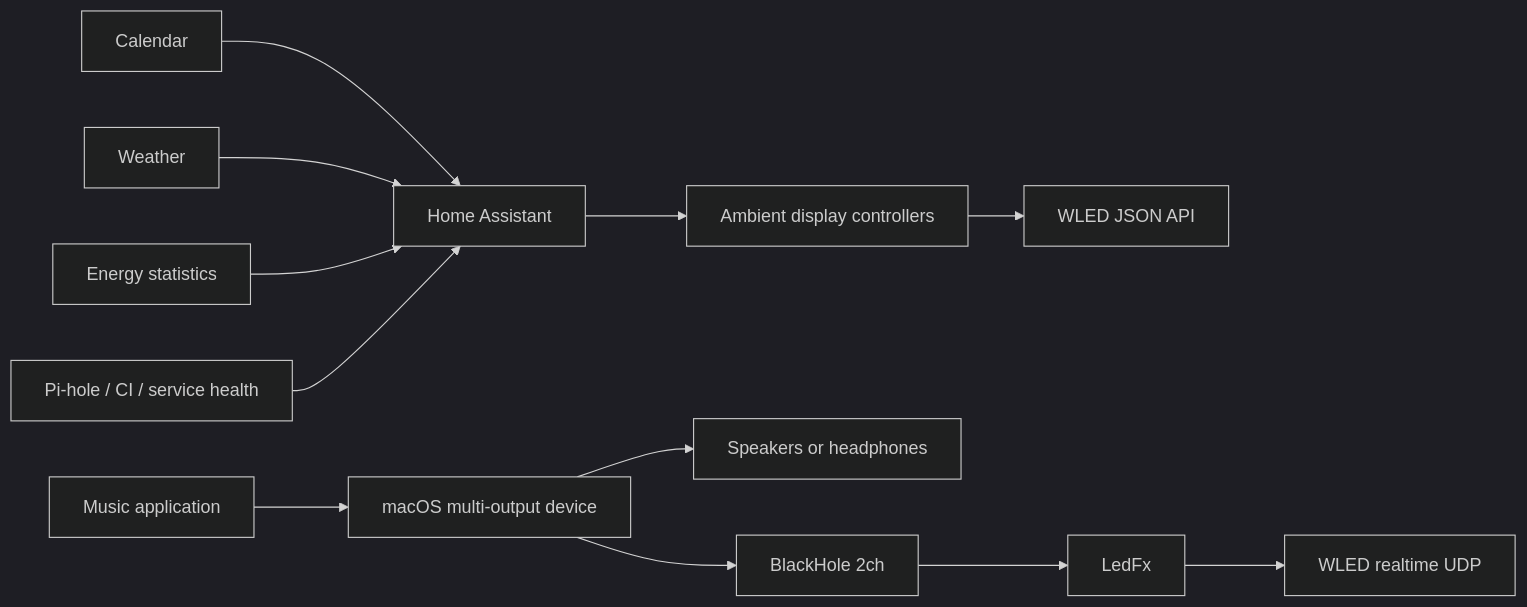
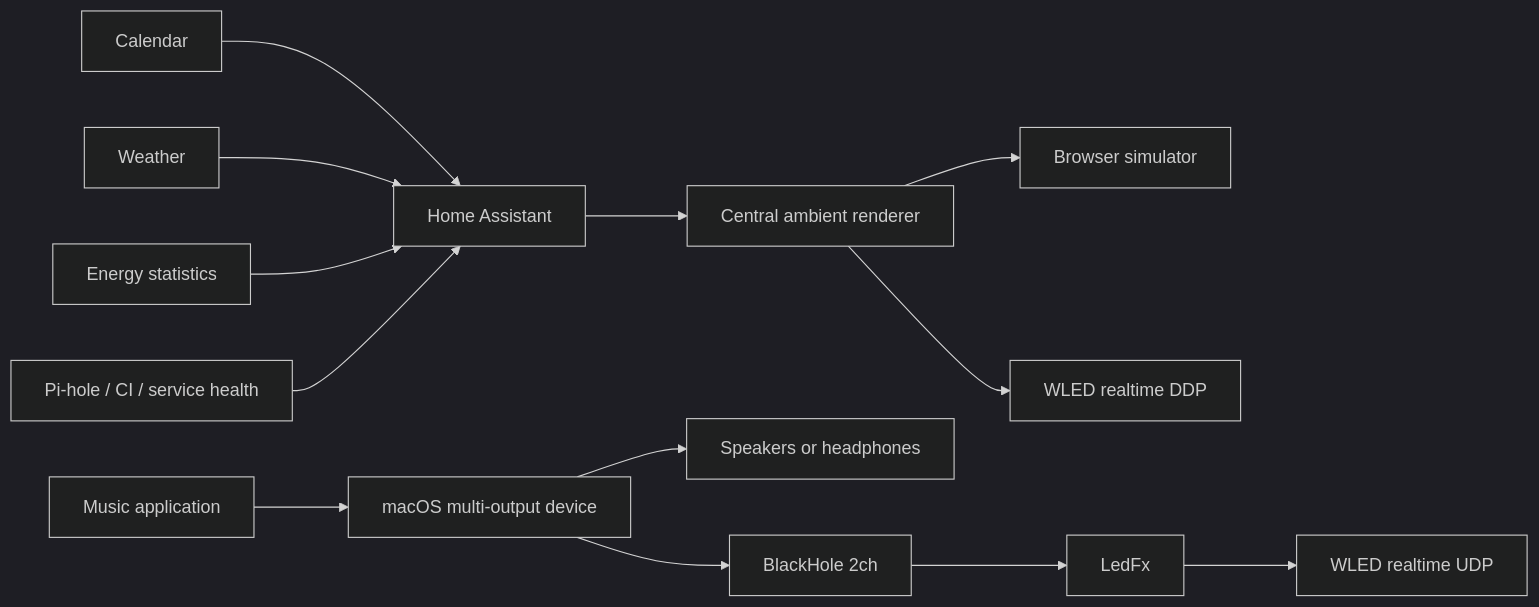
Before and after one commit to MichaelVoth/ambient-wled-display: the diagram in README.md, drawn with Mermaid (dark theme). The commit also changed other lines of this file and 20 other files, not shown here.

Commit message:
Add central layered WLED renderer and simulator

````diff
--- a/README.md
+++ b/README.md
@@ -38,14 +42,15 @@
 ```mermaid
 flowchart LR
-  HA["Home Assistant"] --> Controller["Ambient display controllers"]
+  HA["Home Assistant"] --> Controller["Central ambient renderer"]
   Calendar["Calendar"] --> HA
   Weather["Weather"] --> HA
   Energy["Energy statistics"] --> HA
   Health["Pi-hole / CI / service health"] --> HA
-  Controller --> API["WLED JSON API"]
+  Controller --> Preview["Browser simulator"]
+  Controller --> API["WLED realtime DDP"]
   Music["Music application"] --> Multi["macOS multi-output device"]
   Multi --> Speakers["Speakers or headphones"]
   Multi --> BlackHole["BlackHole 2ch"]
   BlackHole --> LedFx["LedFx"]
   LedFx --> Realtime["WLED realtime UDP"]
 ```
````
